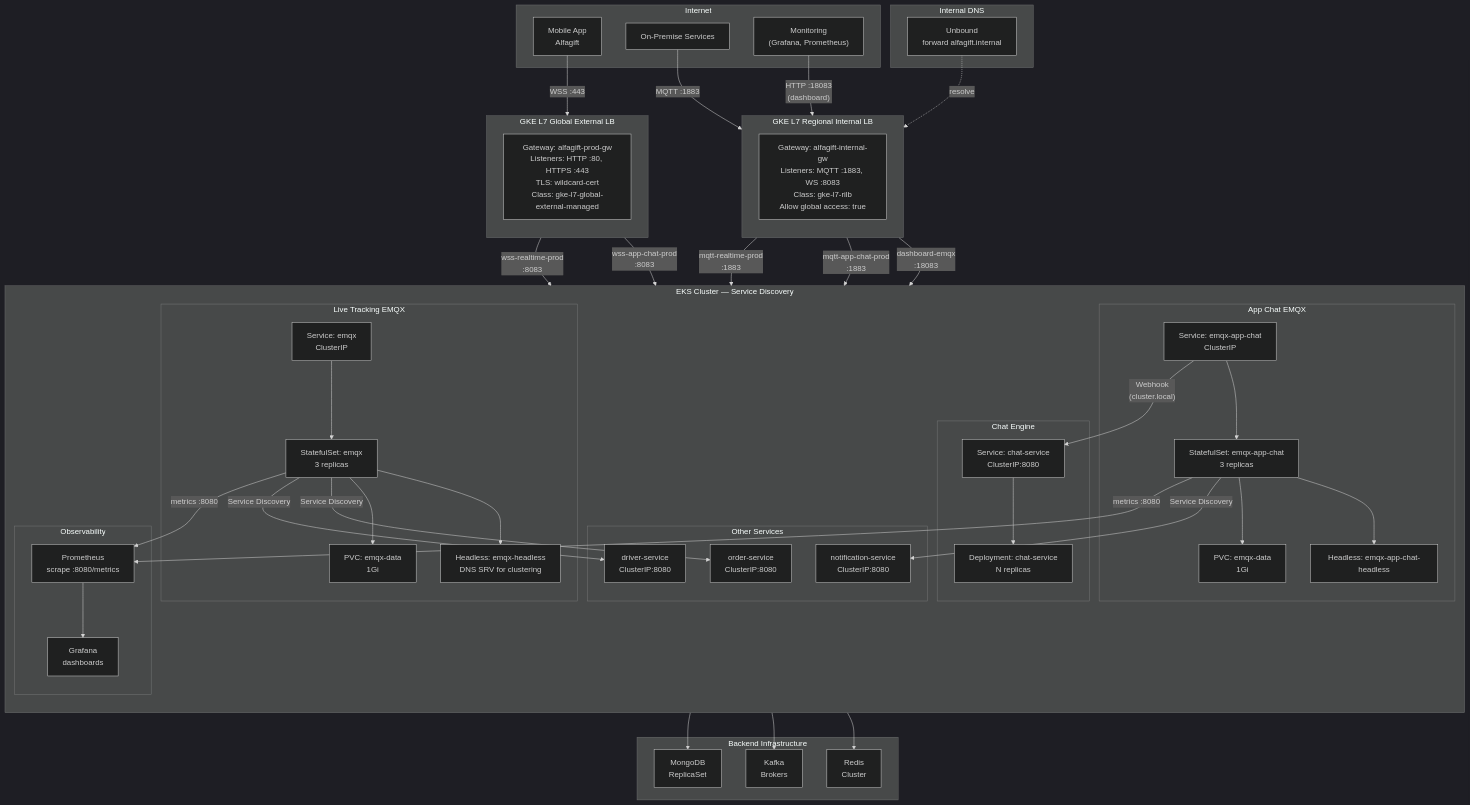
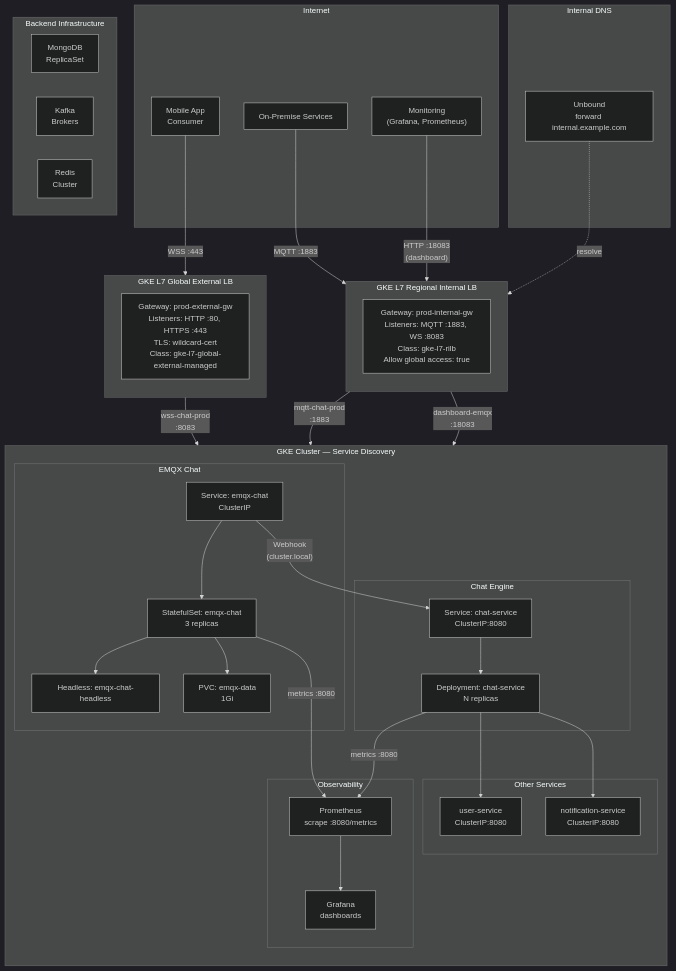
The fifth of 5 diagrams in src/content/docs/04-conferences/kcd-indonesia-2026/presentation-draft.md (ahmadnurhidayat/docs), drawn with Mermaid (dark theme) before and after one commit. The commit also changed other lines of this file and 5 other files, not shown here.

````diff
--- a/src/content/docs/04-conferences/kcd-indonesia-2026/presentation-draft.md
+++ b/src/content/docs/04-conferences/kcd-indonesia-2026/presentation-draft.md
@@ -316,35 +298,28 @@
 ```mermaid
 flowchart TB
     subgraph INTERNET["Internet"]
-        MOBILE["Mobile App<br/>Alfagift"]
+        MOBILE["Mobile App<br/>Consumer"]
         ONPREM["On-Premise Services"]
         MONITOR["Monitoring<br/>(Grafana, Prometheus)"]
     end
 
     subgraph EXT_LB["GKE L7 Global External LB"]
         direction TB
-        EXT_GW["Gateway: alfagift-prod-gw<br/>Listeners: HTTP :80, HTTPS :443<br/>TLS: wildcard-cert<br/>Class: gke-l7-global-external-managed"]
+        EXT_GW["Gateway: prod-external-gw<br/>Listeners: HTTP :80, HTTPS :443<br/>TLS: wildcard-cert<br/>Class: gke-l7-global-external-managed"]
     end
 
     subgraph INT_LB["GKE L7 Regional Internal LB"]
         direction TB
-        INT_GW["Gateway: alfagift-internal-gw<br/>Listeners: MQTT :1883, WS :8083<br/>Class: gke-l7-rilb<br/>Allow global access: true"]
+        INT_GW["Gateway: prod-internal-gw<br/>Listeners: MQTT :1883, WS :8083<br/>Class: gke-l7-rilb<br/>Allow global access: true"]
     end
 
-    subgraph K8S["EKS Cluster — Service Discovery"]
+    subgraph K8S["GKE Cluster — Service Discovery"]
         direction TB
 
-        subgraph LIVE_TRACKING["Live Tracking EMQX"]
-            RT_SVC["Service: emqx<br/>ClusterIP"]
-            RT_STS["StatefulSet: emqx<br/>3 replicas"]
-            RT_HD["Headless: emqx-headless<br/>DNS SRV for clustering"]
-            RT_PVC["PVC: emqx-data<br/>1Gi"]
-        end
-
-        subgraph APP_CHAT["App Chat EMQX"]
-            CH_SVC["Service: emqx-app-chat<br/>ClusterIP"]
-            CH_STS["StatefulSet: emqx-app-chat<br/>3 replicas"]
-            CH_HD["Headless: emqx-app-chat-headless"]
+        subgraph APP_CHAT["EMQX Chat"]
+            CH_SVC["Service: emqx-chat<br/>ClusterIP"]
+            CH_STS["StatefulSet: emqx-chat<br/>3 replicas"]
+            CH_HD["Headless: emqx-chat-headless"]
             CH_PVC["PVC: emqx-data<br/>1Gi"]
         end
 
@@ -354,8 +329,7 @@
         end
 
         subgraph OTHER_SVCS["Other Services"]
-            ORDER["order-service<br/>ClusterIP:8080"]
-            DRIVER["driver-service<br/>ClusterIP:8080"]
+            USER["user-service<br/>ClusterIP:8080"]
             NOTIF["notification-service<br/>ClusterIP:8080"]
         end
 
@@ -366,7 +340,7 @@
     end
 
     subgraph DNS["Internal DNS"]
-        UNBOUND["Unbound<br/>forward alfagift.internal"]
+        UNBOUND["Unbound<br/>forward internal.example.com"]
     end
 
     subgraph BACKEND_EXT["Backend Infrastructure"]
@@ -379,34 +353,22 @@
     ONPREM -->|"MQTT :1883"| INT_GW
     MONITOR -->|"HTTP :18083<br/>(dashboard)"| INT_GW
 
-    EXT_GW -->|"wss-realtime-prod<br/>:8083"| RT_SVC
-    EXT_GW -->|"wss-app-chat-prod<br/>:8083"| CH_SVC
-
-    INT_GW -->|"mqtt-realtime-prod<br/>:1883"| RT_SVC
-    INT_GW -->|"mqtt-app-chat-prod<br/>:1883"| CH_SVC
+    EXT_GW -->|"wss-chat-prod<br/>:8083"| CH_SVC
+    INT_GW -->|"mqtt-chat-prod<br/>:1883"| CH_SVC
     INT_GW -->|"dashboard-emqx<br/>:18083"| CH_SVC
 
-    RT_SVC --> RT_STS
     CH_SVC --> CH_STS
-    RT_STS --> RT_HD
     CH_STS --> CH_HD
-    RT_STS --> RT_PVC
     CH_STS --> CH_PVC
 
     CH_SVC -->|"Webhook<br/>(cluster.local)"| CE_SVC
     CE_SVC --> CE_DEP
+    CE_DEP --> USER
+    CE_DEP --> NOTIF
 
-    RT_STS -->|"Service Discovery"| ORDER
-    RT_STS -->|"Service Discovery"| DRIVER
-    CH_STS -->|"Service Discovery"| NOTIF
-
-    RT_STS -->|"metrics :8080"| PROM
     CH_STS -->|"metrics :8080"| PROM
+    CE_DEP -->|"metrics :8080"| PROM
     PROM --> GRAFANA
 
     UNBOUND -.->|"resolve"| INT_GW
-
-    CE_DEP --> MONGO
-    CE_DEP --> KAFKA
-    CE_DEP --> REDIS
 ```
````
